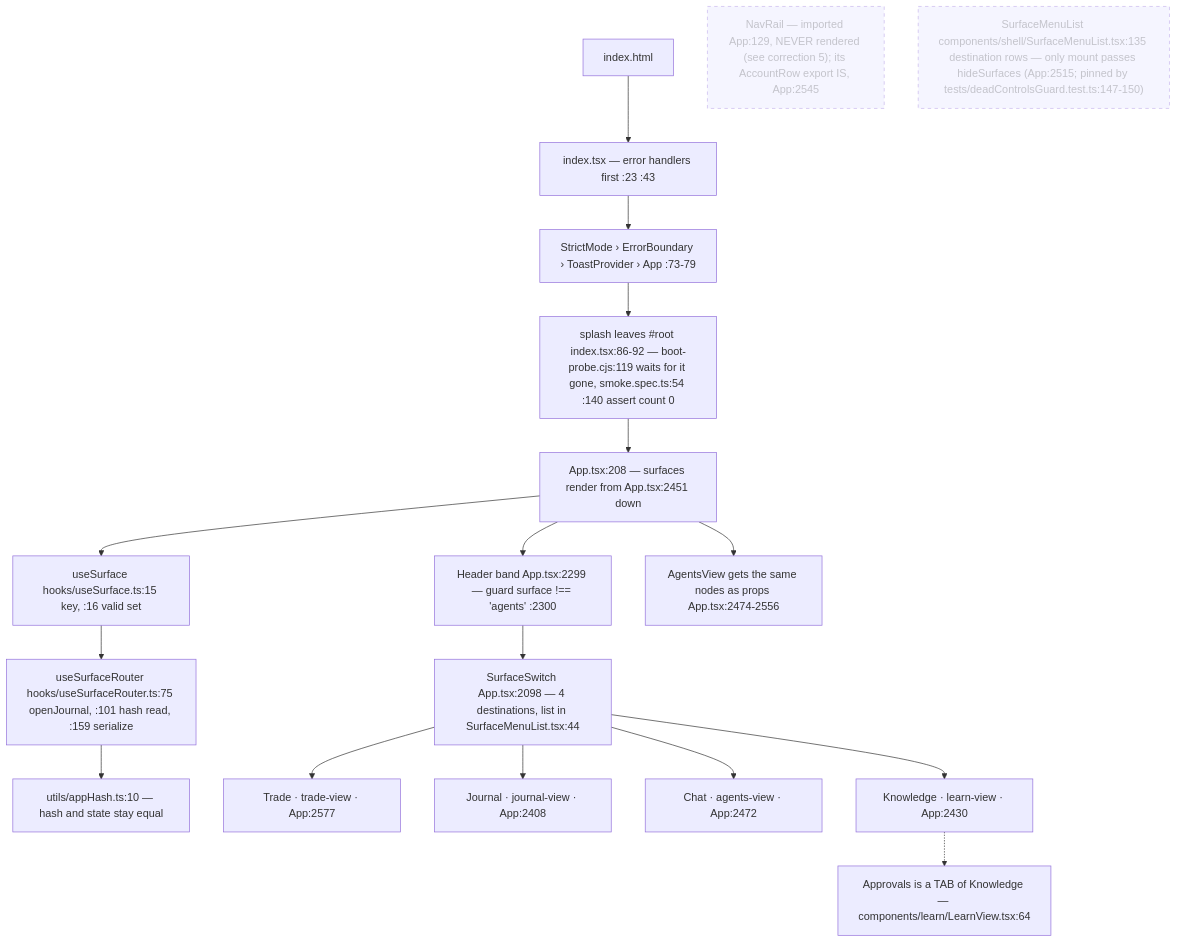
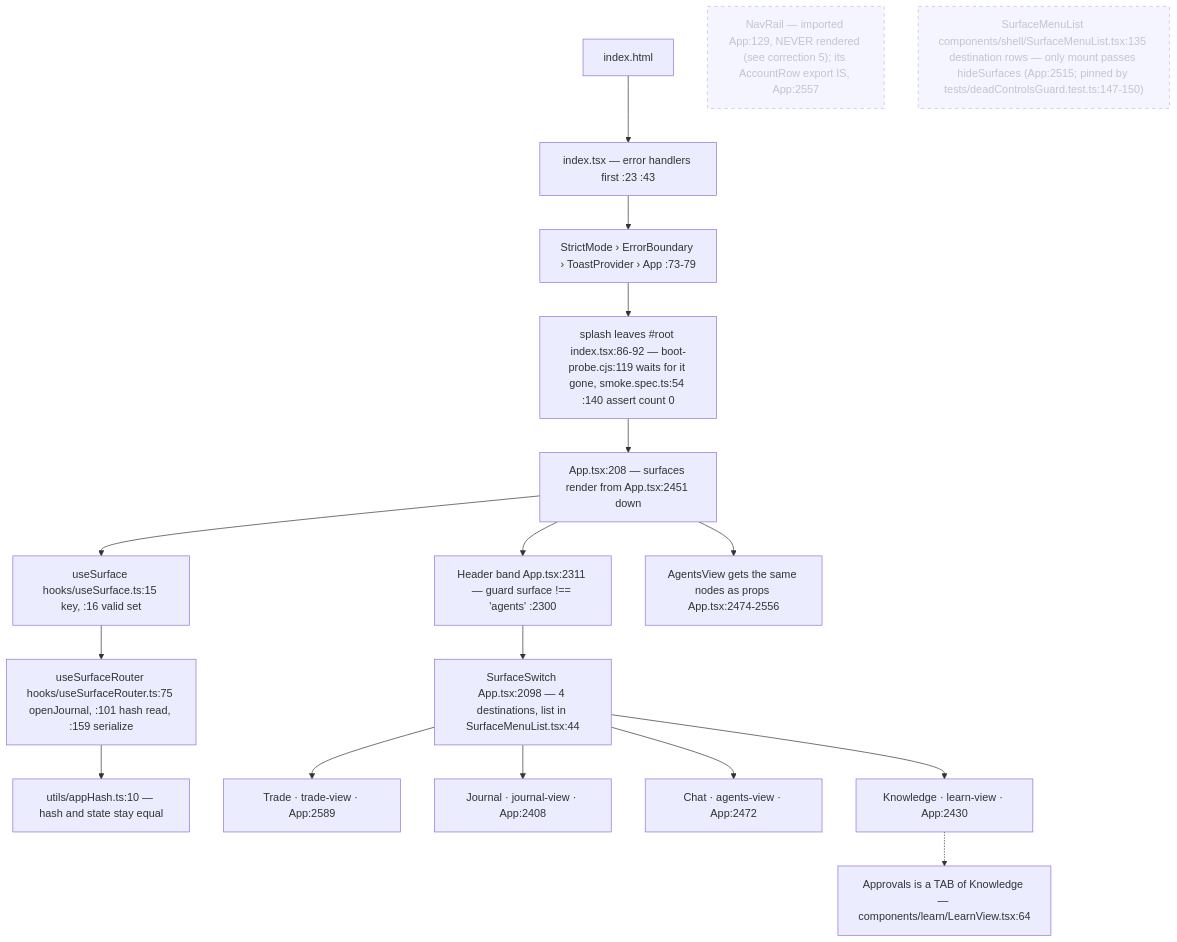
Before and after one commit to Acepay25/august-3.5: the first of 7 diagrams in docs/app-flow.md, drawn with Mermaid. The commit also changed other lines of this file and 13 other files, not shown here.

````diff
--- a/docs/app-flow.md
+++ b/docs/app-flow.md
@@ -32,21 +32,21 @@
 ```mermaid
 flowchart TD
     H["index.html"] --> I["index.tsx — error handlers first :23 :43"]
     I --> S["StrictMode › ErrorBoundary › ToastProvider › App :73-79"]
     S --> SP["splash leaves #root index.tsx:86-92 — boot-probe.cjs:119 waits for it gone, smoke.spec.ts:54 :140 assert count 0"]
     SP --> APP["App.tsx:208 — surfaces render from App.tsx:2451 down"]
     APP --> US["useSurface hooks/useSurface.ts:15 key, :16 valid set"]
     US --> UR["useSurfaceRouter hooks/useSurfaceRouter.ts:75 openJournal, :101 hash read, :159 serialize"]
     UR --> HASH["utils/appHash.ts:10 — hash and state stay equal"]
-    APP --> HD["Header band App.tsx:2299 — guard surface !== 'agents' :2300"]
+    APP --> HD["Header band App.tsx:2311 — guard surface !== 'agents' :2300"]
     HD --> SW["SurfaceSwitch App.tsx:2098 — 4 destinations, list in SurfaceMenuList.tsx:44"]
     APP --> AV["AgentsView gets the same nodes as props App.tsx:2474-2556"]
-    SW --> T["Trade · trade-view · App:2577"]
+    SW --> T["Trade · trade-view · App:2589"]
     SW --> J["Journal · journal-view · App:2408"]
     SW --> C["Chat · agents-view · App:2472"]
     SW --> K["Knowledge · learn-view · App:2430"]
     K -.-> AP["Approvals is a TAB of Knowledge — components/learn/LearnView.tsx:64"]
-    NR["NavRail — imported App:129, NEVER rendered (see correction 5); its AccountRow export IS, App:2545"]:::dead
+    NR["NavRail — imported App:129, NEVER rendered (see correction 5); its AccountRow export IS, App:2557"]:::dead
     SM["SurfaceMenuList components/shell/SurfaceMenuList.tsx:135 destination rows — only mount passes hideSurfaces (App:2515; pinned by tests/deadControlsGuard.test.ts:147-150)"]:::dead
     classDef dead stroke-dasharray: 5 5,opacity:.5
 ```
````
